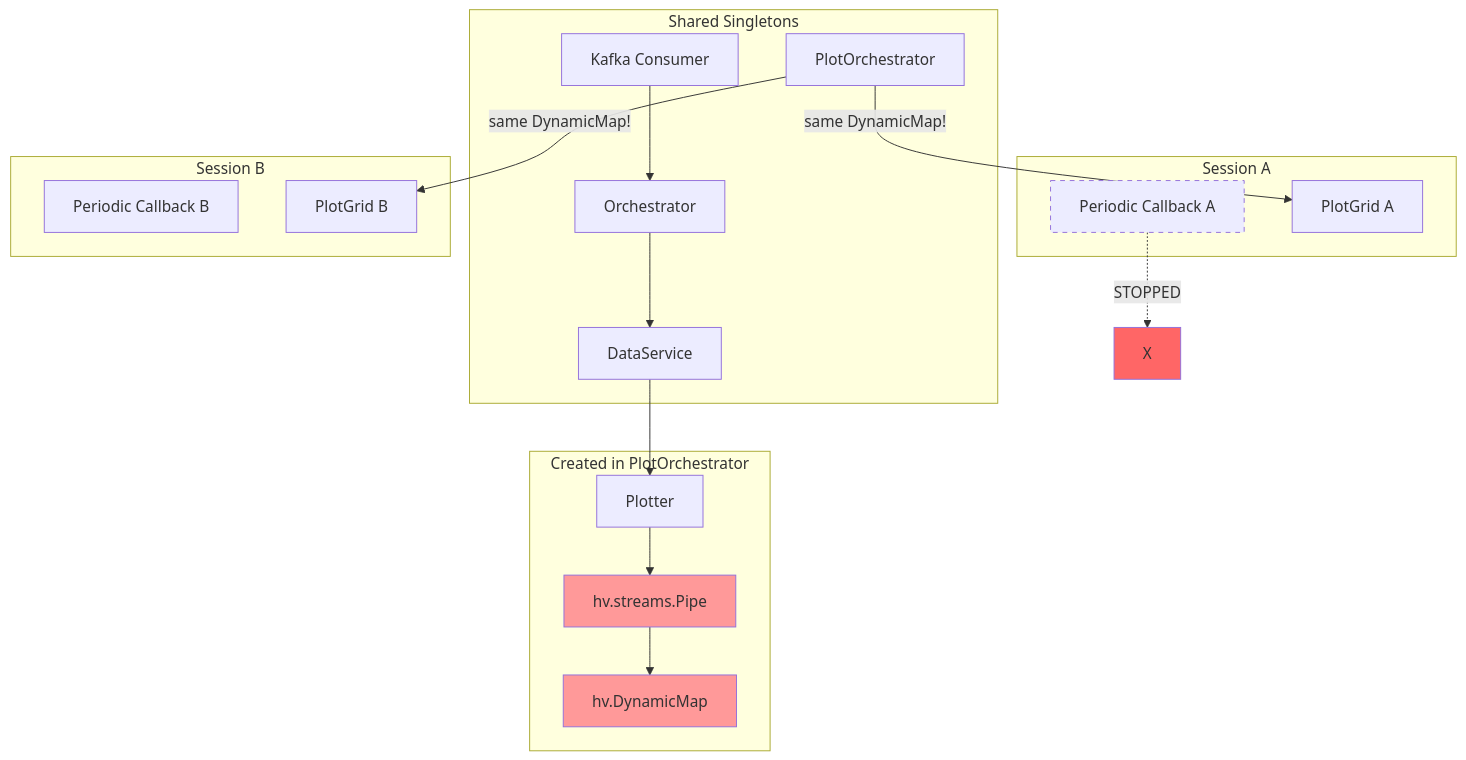
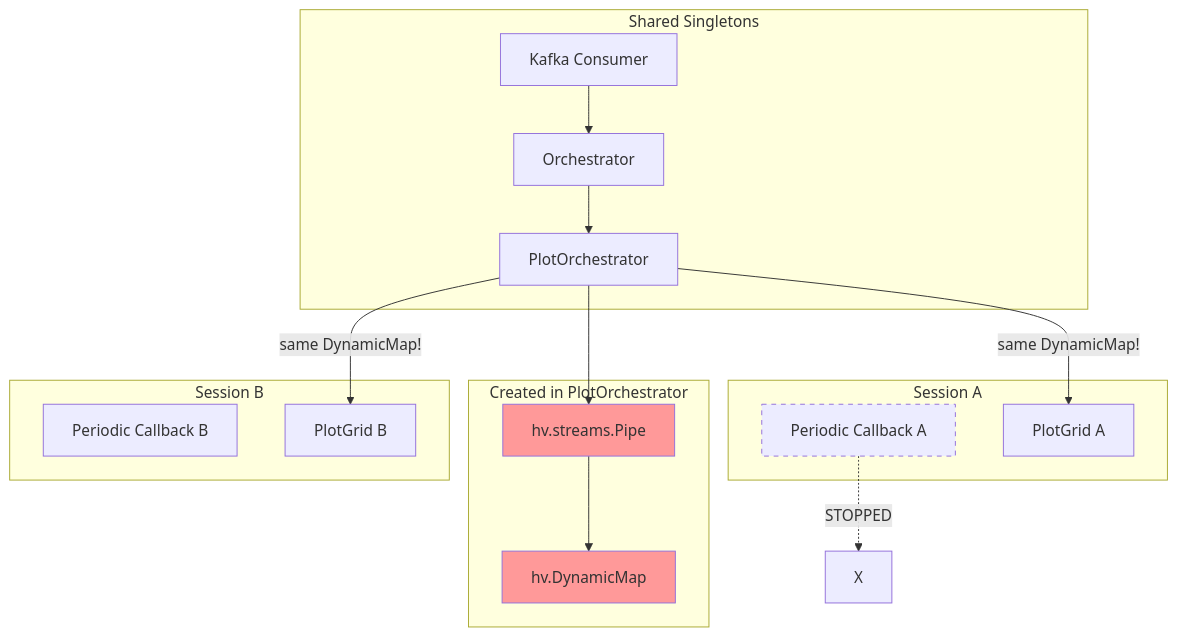
One commit to scipp/esslivedata changed the first of 2 diagrams in docs/developer/plans/multi-session-architecture.md. Above: the diagram before and after it, drawn with Mermaid. The commit also changed other lines of this file, not shown here.

First line of the commit message:
Condense multi-session architecture document for implementers

````diff
--- a/docs/developer/plans/multi-session-architecture.md
+++ b/docs/developer/plans/multi-session-architecture.md
@@ -172,41 +44,35 @@
 ```mermaid
 flowchart TB
     subgraph "Shared Singletons"
         Kafka[Kafka Consumer]
         Orch[Orchestrator]
-        DS[DataService]
         PO[PlotOrchestrator]
     end
 
     subgraph "Created in PlotOrchestrator"
-        Plotter[Plotter]
         Pipe1[hv.streams.Pipe]
         DMap1[hv.DynamicMap]
     end
 
     subgraph "Session A"
         PA[Periodic Callback A]
         GridA[PlotGrid A]
     end
 
     subgraph "Session B"
         PB[Periodic Callback B]
         GridB[PlotGrid B]
     end
 
-    Kafka --> Orch
-    Orch --> DS
-    DS --> Plotter
-    Plotter --> Pipe1
-    Pipe1 --> DMap1
+    Kafka --> Orch --> PO
+    PO --> Pipe1 --> DMap1
 
     PO -->|"same DynamicMap!"| GridA
     PO -->|"same DynamicMap!"| GridB
 
     PA -.->|"STOPPED"| x1[X]
 
     style PA stroke-dasharray: 5 5
-    style x1 fill:#f66
     style Pipe1 fill:#f99
     style DMap1 fill:#f99
 ```
````
